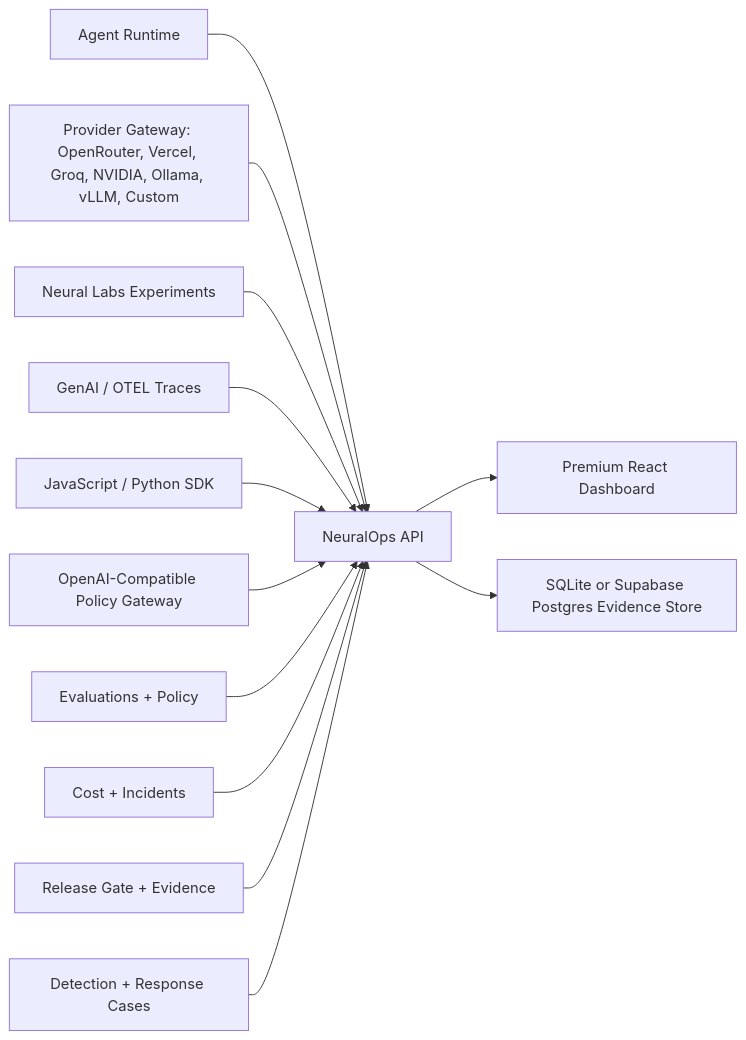
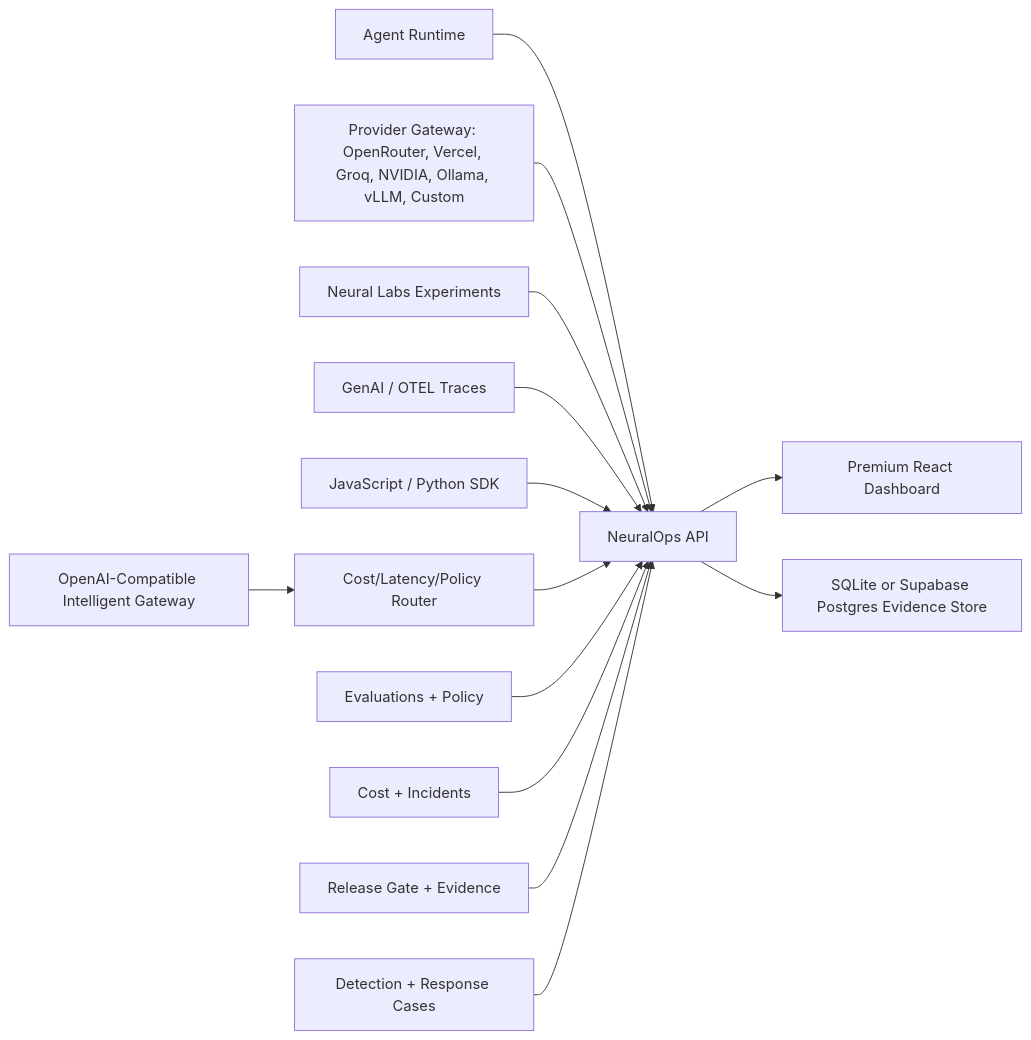
The diagram in README.md (Gowrav-M/neuralops-platform), drawn with Mermaid before and after one commit. The commit also changed other lines of this file and 12 other files, not shown here.

Commit message:
feat: add intelligent gateway operating layer

````diff
--- a/README.md
+++ b/README.md
@@ -36,15 +39,16 @@
 ```mermaid
 flowchart LR
   A["Agent Runtime"] --> F["NeuralOps API"]
   B["Provider Gateway: OpenRouter, Vercel, Groq, NVIDIA, Ollama, vLLM, Custom"] --> F
   C["Neural Labs Experiments"] --> F
   D["GenAI / OTEL Traces"] --> F
   K["JavaScript / Python SDK"] --> F
-  M["OpenAI-Compatible Policy Gateway"] --> F
+  M["OpenAI-Compatible Intelligent Gateway"] --> N["Cost/Latency/Policy Router"]
+  N --> F
   E["Evaluations + Policy"] --> F
   I["Cost + Incidents"] --> F
   J["Release Gate + Evidence"] --> F
   L["Detection + Response Cases"] --> F
   F --> G["Premium React Dashboard"]
   F --> H["SQLite or Supabase Postgres Evidence Store"]
 ```
````
